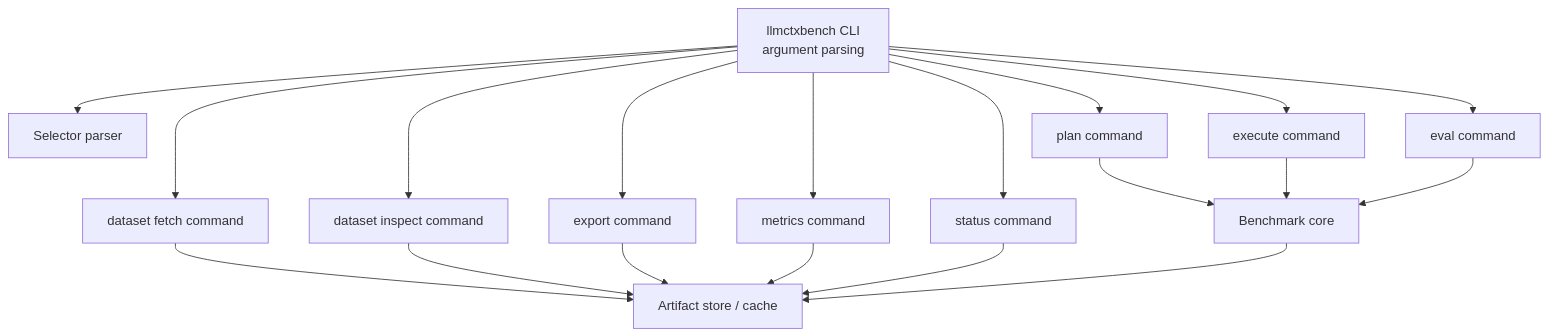
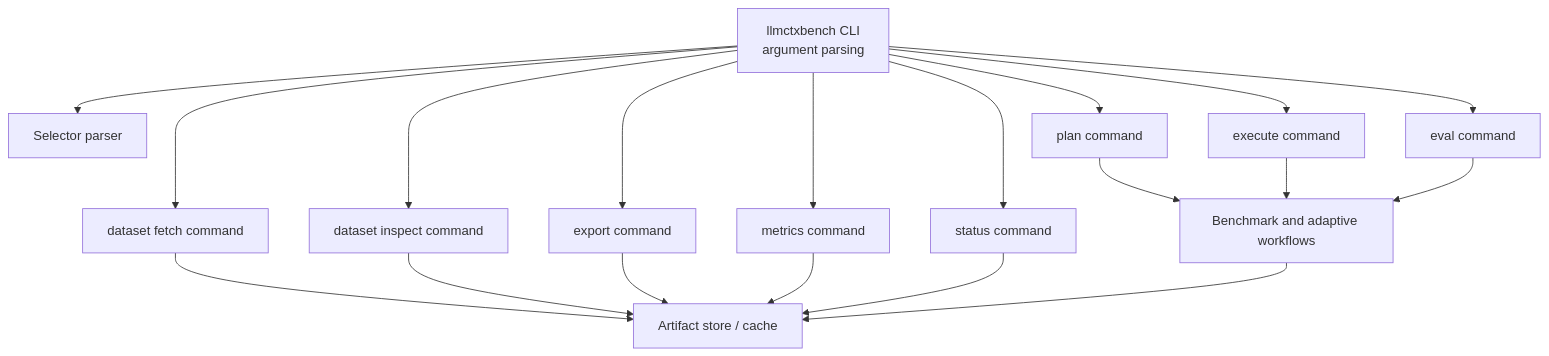
The diagram in docs/architecture/cli-architecture.md (michelav/llmcontextbench), drawn with Mermaid before and after one commit. The commit also changed other lines of this file and 143 other files, not shown here.

Commit message:
Remove retired study workflows and plan adaptive extensions

````diff
--- a/docs/architecture/cli-architecture.md
+++ b/docs/architecture/cli-architecture.md
@@ -26,35 +24,35 @@
 ```mermaid
 flowchart TB
     CLI["llmctxbench CLI<br/>argument parsing"]
     Selectors["Selector parser"]
     DatasetFetch["dataset fetch command"]
     DatasetInspect["dataset inspect command"]
     Plan["plan command"]
     Execute["execute command"]
     Eval["eval command"]
     Export["export command"]
     Metrics["metrics command"]
     Status["status command"]
-    Core["Benchmark core"]
+    Core["Benchmark and adaptive workflows"]
     Store["Artifact store / cache"]
 
     CLI --> Selectors
     CLI --> DatasetFetch
     CLI --> DatasetInspect
     CLI --> Plan
     CLI --> Execute
     CLI --> Eval
     CLI --> Export
     CLI --> Metrics
     CLI --> Status
 
     DatasetFetch --> Store
     DatasetInspect --> Store
     Plan --> Core
     Execute --> Core
     Eval --> Core
     Export --> Store
     Metrics --> Store
     Status --> Store
     Core --> Store
 ```
````
